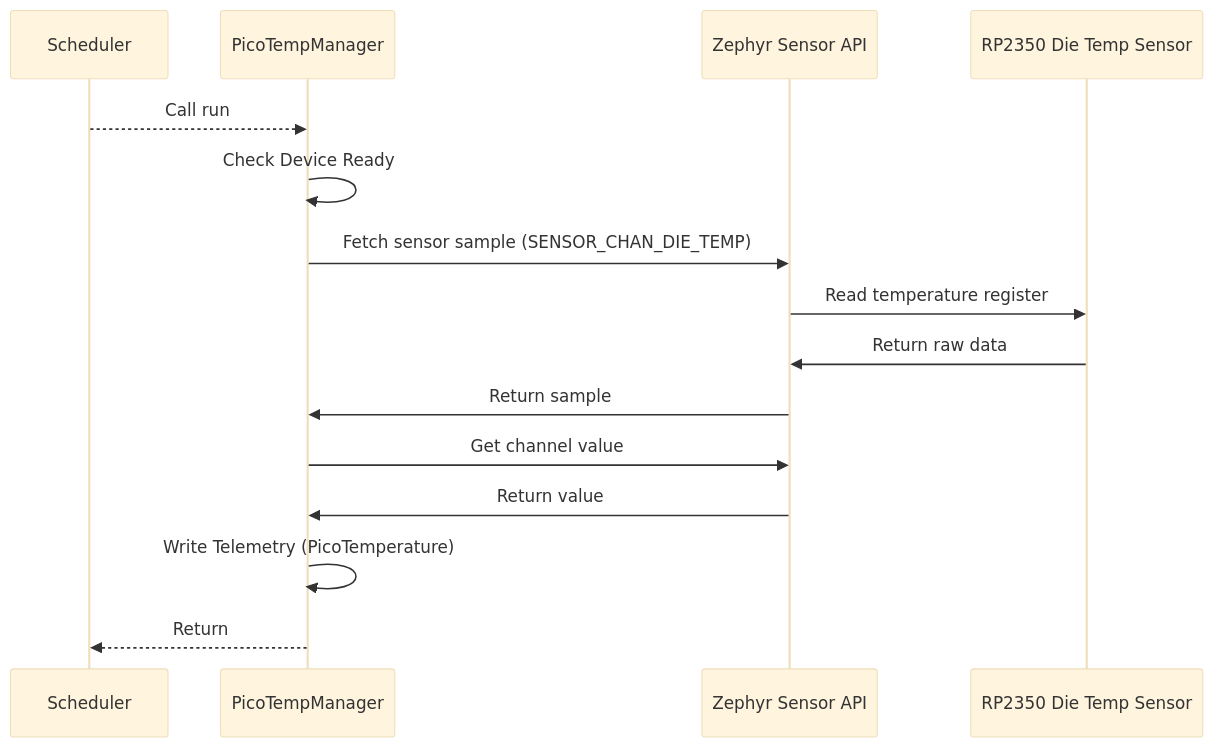
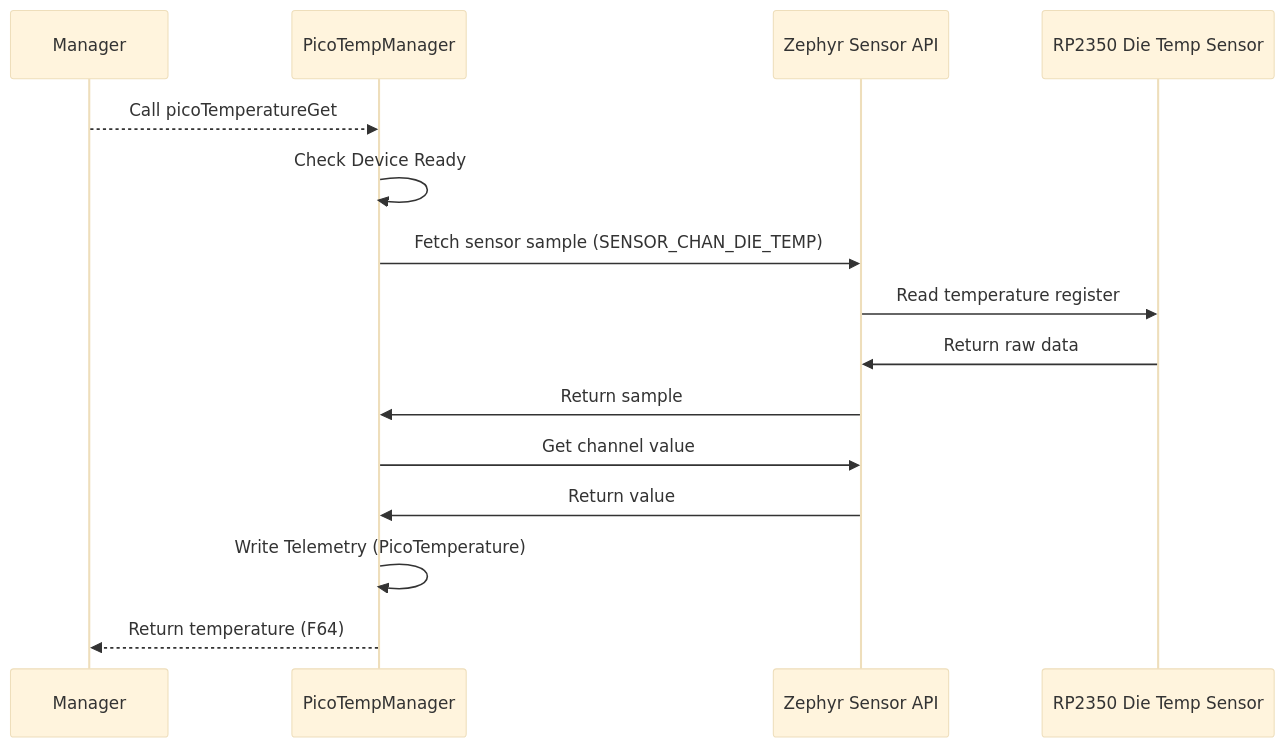
The second of 2 diagrams in PROVESFlightControllerReference/Components/Drv/PicoTempManager/docs/sdd.md (Open-Source-Space-Foundation/proves-core-reference), drawn with Mermaid (base theme) before and after one commit. The commit also changed other lines of this file and 7 other files, not shown here.

Commit message:
Integrate Pico die temperature sensor into ThermalManager and update documentation

````diff
--- a/PROVESFlightControllerReference/Components/Drv/PicoTempManager/docs/sdd.md
+++ b/PROVESFlightControllerReference/Components/Drv/PicoTempManager/docs/sdd.md
@@ -58,18 +58,18 @@
 ```mermaid
 sequenceDiagram
-    participant Scheduler
+    participant Manager
     participant PicoTempManager
     participant Zephyr Sensor API
     participant RP2350 Die Temp Sensor
 
-    Scheduler-->>PicoTempManager: Call run
+    Manager-->>PicoTempManager: Call picoTemperatureGet
     PicoTempManager->>PicoTempManager: Check Device Ready
     PicoTempManager->>Zephyr Sensor API: Fetch sensor sample (SENSOR_CHAN_DIE_TEMP)
     Zephyr Sensor API->>RP2350 Die Temp Sensor: Read temperature register
     RP2350 Die Temp Sensor->>Zephyr Sensor API: Return raw data
     Zephyr Sensor API->>PicoTempManager: Return sample
     PicoTempManager->>Zephyr Sensor API: Get channel value
     Zephyr Sensor API->>PicoTempManager: Return value
     PicoTempManager->>PicoTempManager: Write Telemetry (PicoTemperature)
-    PicoTempManager-->>Scheduler: Return
+    PicoTempManager-->>Manager: Return temperature (F64)
 ```
````
